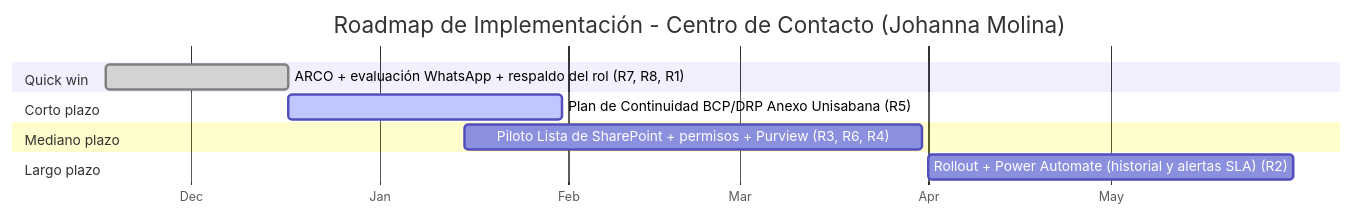
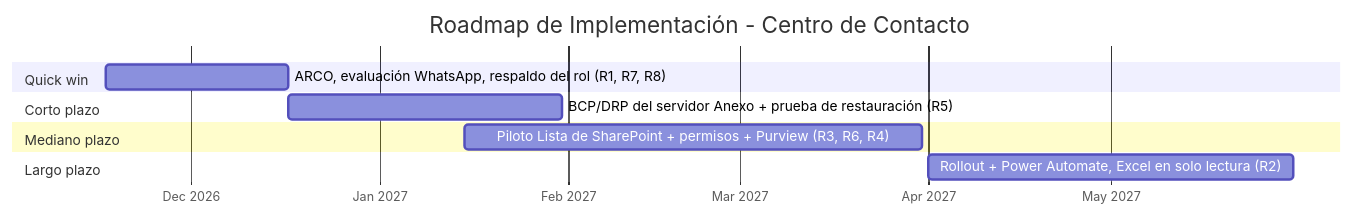
One commit to N1kxo/AREM-Innova2-JohannaMolina changed the diagram in 09-presentacion-final/plan-implementacion.md. Above: the diagram before and after it, drawn with Mermaid. The commit also changed other lines of this file and 17 other files, not shown here.

````diff
--- a/09-presentacion-final/plan-implementacion.md
+++ b/09-presentacion-final/plan-implementacion.md
@@ -28,14 +35,14 @@
 ```mermaid
 gantt
-    title Roadmap de Implementación - Centro de Contacto (Johanna Molina)
+    title Roadmap de Implementación - Centro de Contacto
     dateFormat YYYY-MM-DD
-    axisFormat %b
+    axisFormat %b %Y
     section Quick win
-    ARCO + evaluación WhatsApp + respaldo del rol (R7, R8, R1) :done, qw1, 2026-11-17, 30d
+    ARCO, evaluación WhatsApp, respaldo del rol (R1, R7, R8) :qw1, 2026-11-17, 30d
     section Corto plazo
-    Plan de Continuidad BCP/DRP Anexo Unisabana (R5) :active, cp1, 2026-12-17, 45d
+    BCP/DRP del servidor Anexo + prueba de restauración (R5) :cp1, 2026-12-17, 45d
     section Mediano plazo
     Piloto Lista de SharePoint + permisos + Purview (R3, R6, R4) :mp1, 2027-01-15, 75d
     section Largo plazo
-    Rollout + Power Automate (historial y alertas SLA) (R2) :lp1, 2027-04-01, 60d
+    Rollout + Power Automate, Excel en solo lectura (R2) :lp1, 2027-04-01, 60d
 ```
````
